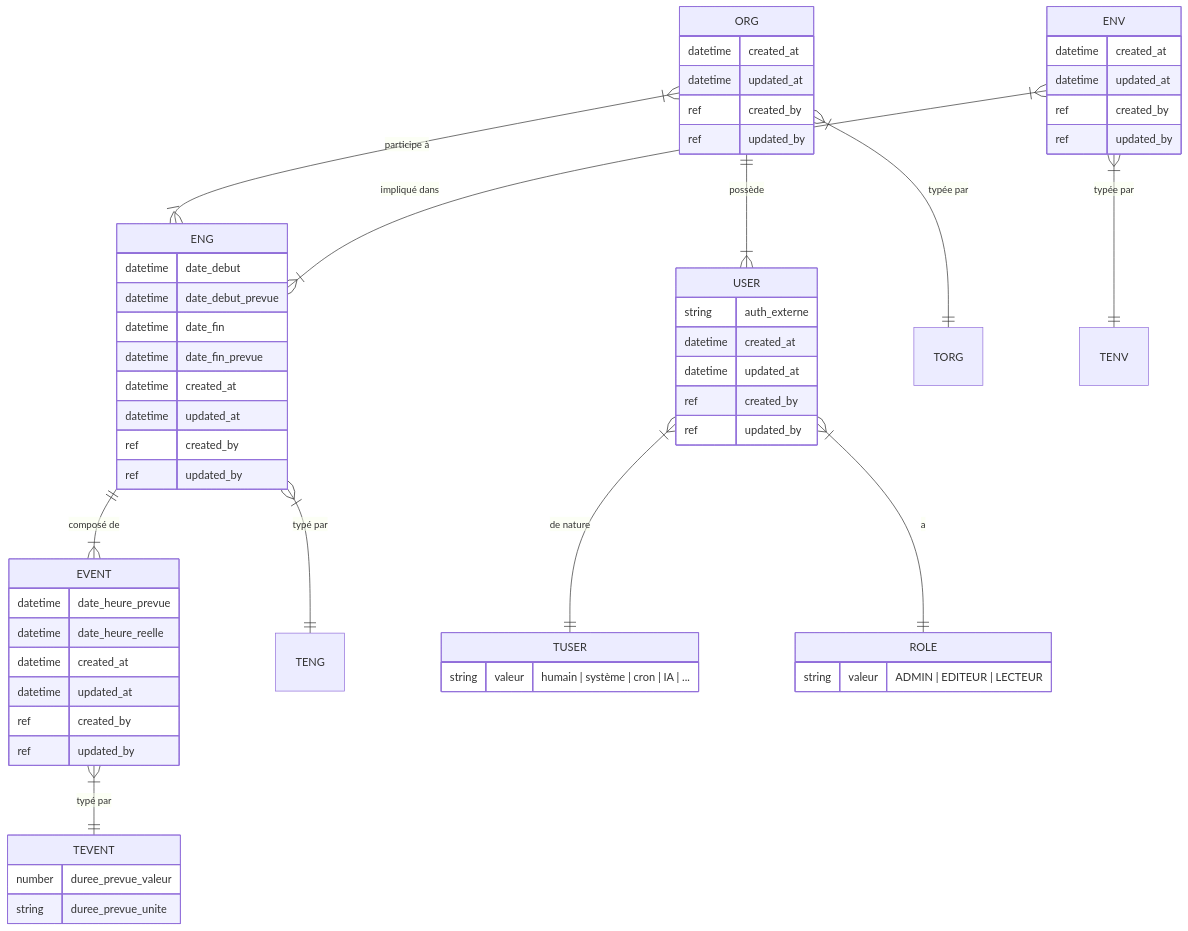
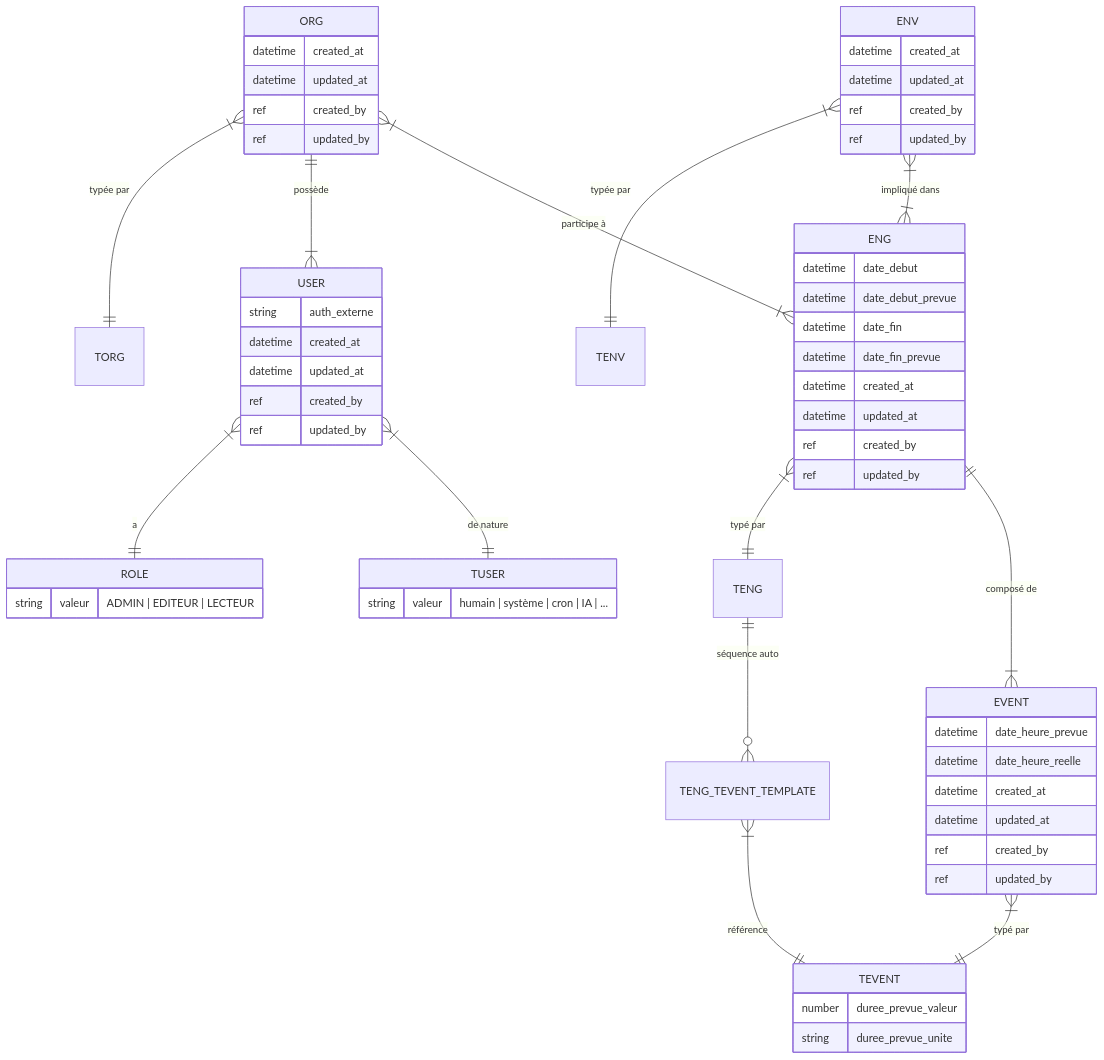
One commit to pat-the-geek/be-clear changed the first of 4 diagrams in design/domain/modele-domaine.md. Above: the diagram before and after it, drawn with Mermaid. The commit also changed 3 other files, not shown here.

First line of the commit message:
docs: templates TEVENT/TENG — spécifications, modèle de données, README

````diff
--- a/design/domain/modele-domaine.md
+++ b/design/domain/modele-domaine.md
@@ -15,62 +15,64 @@
 ```mermaid
 erDiagram
     ORG }|--|{ ENG : "participe à"
     ENV }|--|{ ENG : "impliqué dans"
     ENG ||--|{ EVENT : "composé de"
     ORG ||--|{ USER : "possède"
 
     ORG }|--|| TORG : "typée par"
     ENV }|--|| TENV : "typée par"
     ENG }|--|| TENG : "typé par"
     EVENT }|--|| TEVENT : "typé par"
     USER }|--|| TUSER : "de nature"
     USER }|--|| ROLE : "a"
+    TENG ||--o{ TENG_TEVENT_TEMPLATE : "séquence auto"
+    TENG_TEVENT_TEMPLATE }|--|| TEVENT : "référence"
 
     ORG {
         datetime created_at
         datetime updated_at
         ref created_by
         ref updated_by
     }
     ENV {
         datetime created_at
         datetime updated_at
         ref created_by
         ref updated_by
     }
     ENG {
         datetime date_debut
         datetime date_debut_prevue
         datetime date_fin
         datetime date_fin_prevue
         datetime created_at
         datetime updated_at
         ref created_by
         ref updated_by
     }
     EVENT {
         datetime date_heure_prevue
         datetime date_heure_reelle
         datetime created_at
         datetime updated_at
         ref created_by
         ref updated_by
     }
     TEVENT {
         number duree_prevue_valeur
         string duree_prevue_unite
     }
     USER {
         string auth_externe
         datetime created_at
         datetime updated_at
         ref created_by
         ref updated_by
     }
     ROLE {
         string valeur "ADMIN | EDITEUR | LECTEUR"
     }
     TUSER {
         string valeur "humain | système | cron | IA | ..."
     }
 ```
````
